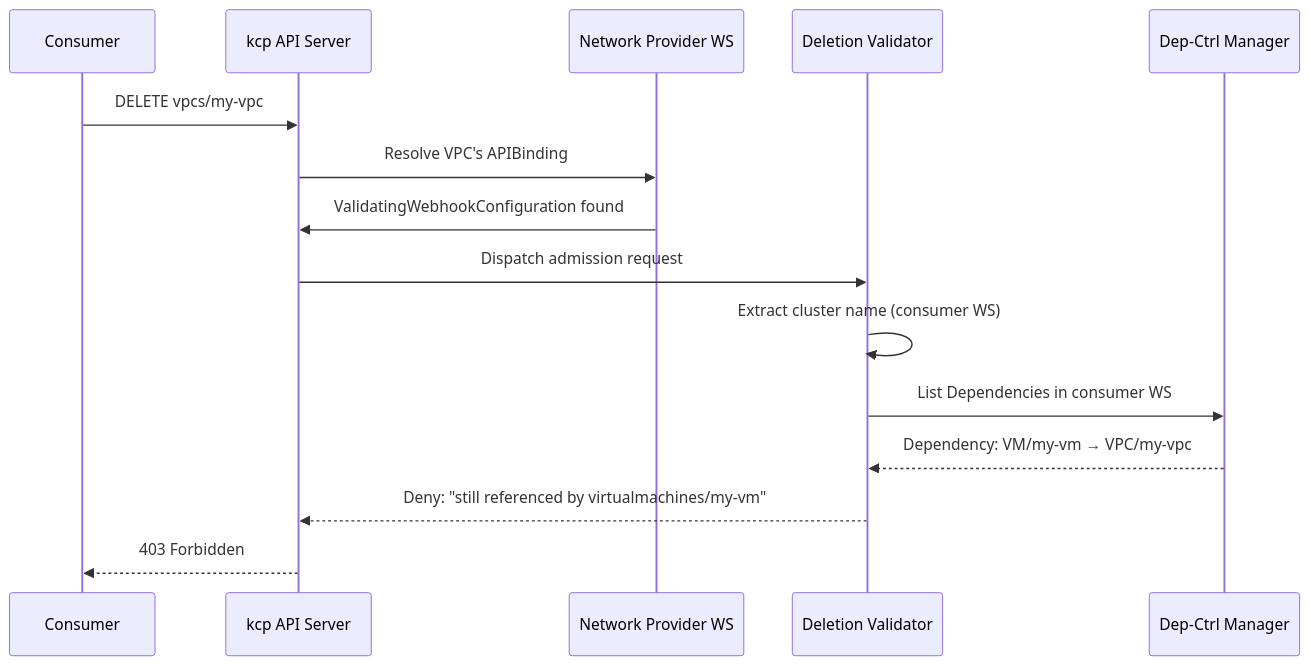
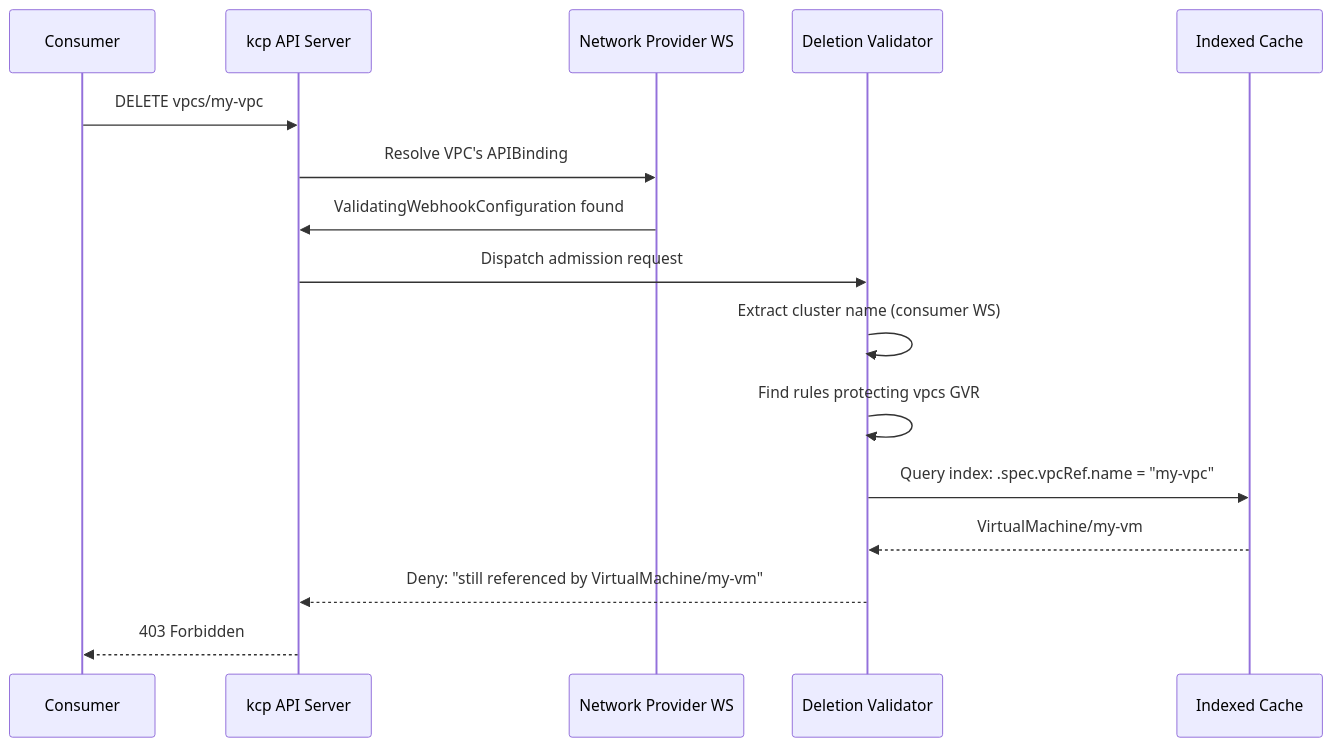
One commit to opendefensecloud/dependency-controller changed the third of 4 diagrams in docs/architecture.md. Above: the diagram before and after it, drawn with Mermaid. The commit also changed other lines of this file and 19 other files, not shown here.

Commit message:
refactor code to not use Dependency object but evaluate rules dynamically

````diff
--- a/docs/architecture.md
+++ b/docs/architecture.md
@@ -302,18 +292,19 @@
 ```mermaid
 sequenceDiagram
     participant C as Consumer
     participant KCP as kcp API Server
     participant NP as Network Provider WS
     participant WH as Deletion Validator
-    participant DC as Dep-Ctrl Manager
+    participant IC as Indexed Cache
 
     C->>KCP: DELETE vpcs/my-vpc
     KCP->>NP: Resolve VPC's APIBinding
     NP->>KCP: ValidatingWebhookConfiguration found
     KCP->>WH: Dispatch admission request
     WH->>WH: Extract cluster name (consumer WS)
-    WH->>DC: List Dependencies in consumer WS
-    DC-->>WH: Dependency: VM/my-vm → VPC/my-vpc
-    WH-->>KCP: Deny: "still referenced by virtualmachines/my-vm"
+    WH->>WH: Find rules protecting vpcs GVR
+    WH->>IC: Query index: .spec.vpcRef.name = "my-vpc"
+    IC-->>WH: VirtualMachine/my-vm
+    WH-->>KCP: Deny: "still referenced by VirtualMachine/my-vm"
     KCP-->>C: 403 Forbidden
 ```
````
